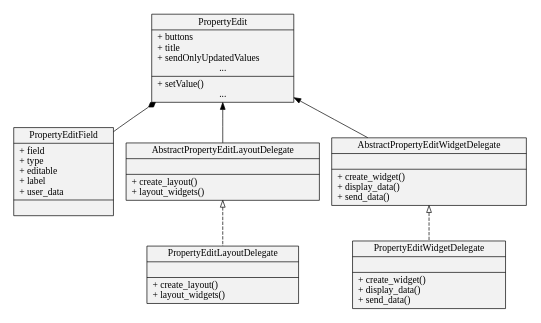
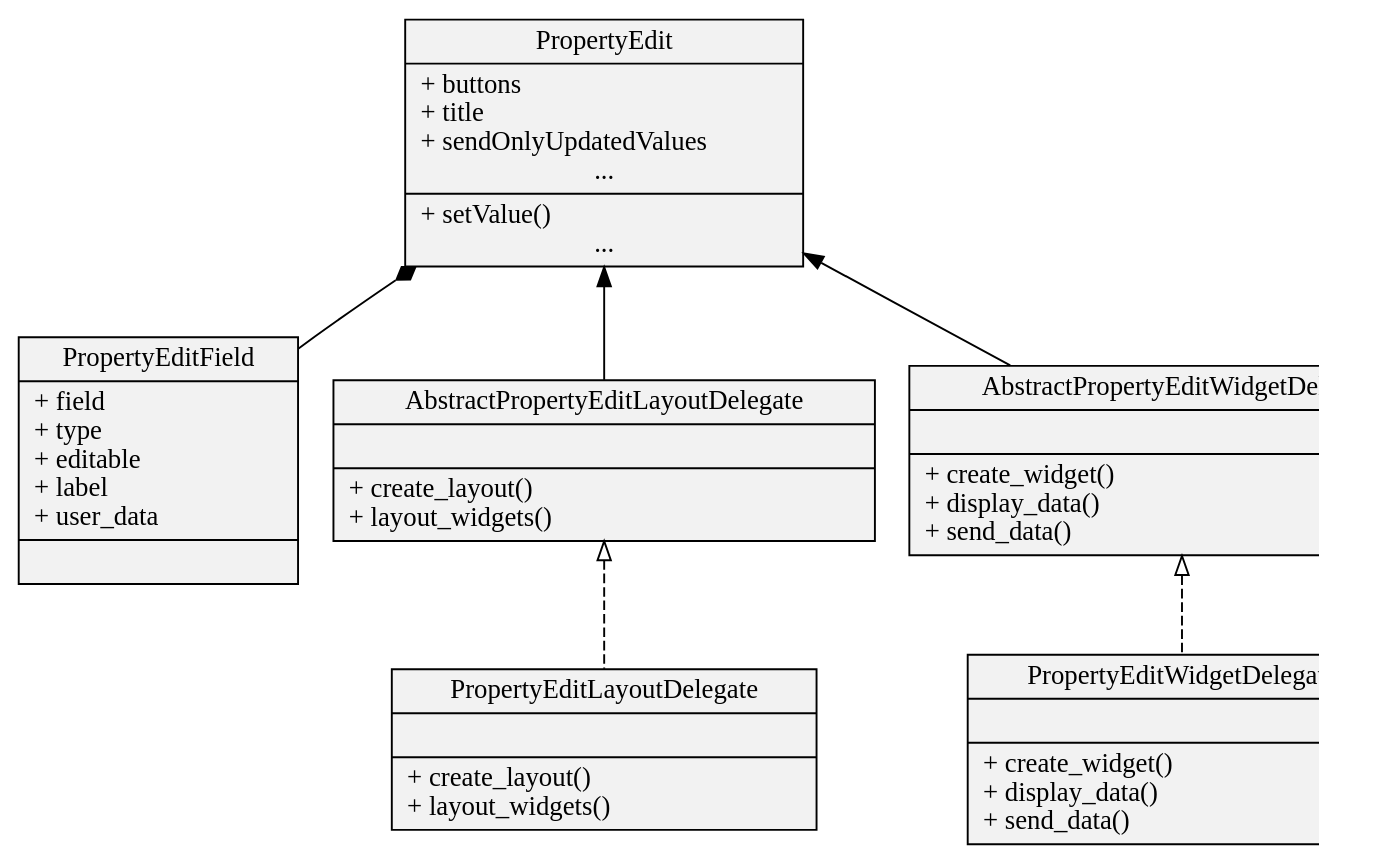
Before and after one commit to jfpatrick/accsoft-gui-pyqt-widgets: the diagram in docs/widgets/property_edit/api/propedit/arch.rst, drawn with Graphviz.

Commit message:
Fix PropertyEdit diagram resolution in docs

```diff
--- a/docs/widgets/property_edit/api/propedit/arch.rst
+++ b/docs/widgets/property_edit/api/propedit/arch.rst
@@ -2,22 +2,23 @@
 .. graphviz::
    :align: center
    :caption: PropertyEdit widget architecture
    :alt: PropertyEdit widget architecture
 
    digraph hierarchy {
+     graph[resolution=120];
      size="5,5"
      node[shape=record,style=filled,fillcolor=gray95];
      edge[dir=back, arrowtail=empty];
 
      widget [label="{PropertyEdit|+ buttons\l+ title\l+ sendOnlyUpdatedValues\l...|+ setValue()\l...}"]
      field [label="{PropertyEditField|+ field\l+ type\l+ editable\l+ label\l+ user_data\l|}"]
      abs_layout_delegate [label="{AbstractPropertyEditLayoutDelegate||+ create_layout()\l+ layout_widgets()\l}"]
      abs_widget_delegate [label="{AbstractPropertyEditWidgetDelegate||+ create_widget()\l+ display_data()\l+ send_data()\l}"]
      layout_delegate [label="{PropertyEditLayoutDelegate||+ create_layout()\l+ layout_widgets()\l}"]
      widget_delegate [label="{PropertyEditWidgetDelegate||+ create_widget()\l+ display_data()\l+ send_data()\l}"]
 
      abs_layout_delegate -> layout_delegate [style=dashed, arrowtail=onormal];
      abs_widget_delegate -> widget_delegate [style=dashed, arrowtail=onormal];
      widget -> {abs_layout_delegate, abs_widget_delegate} [arrowtail=normal];
      rank=same; widget -> field [arrowtail=diamond];
    }
```
